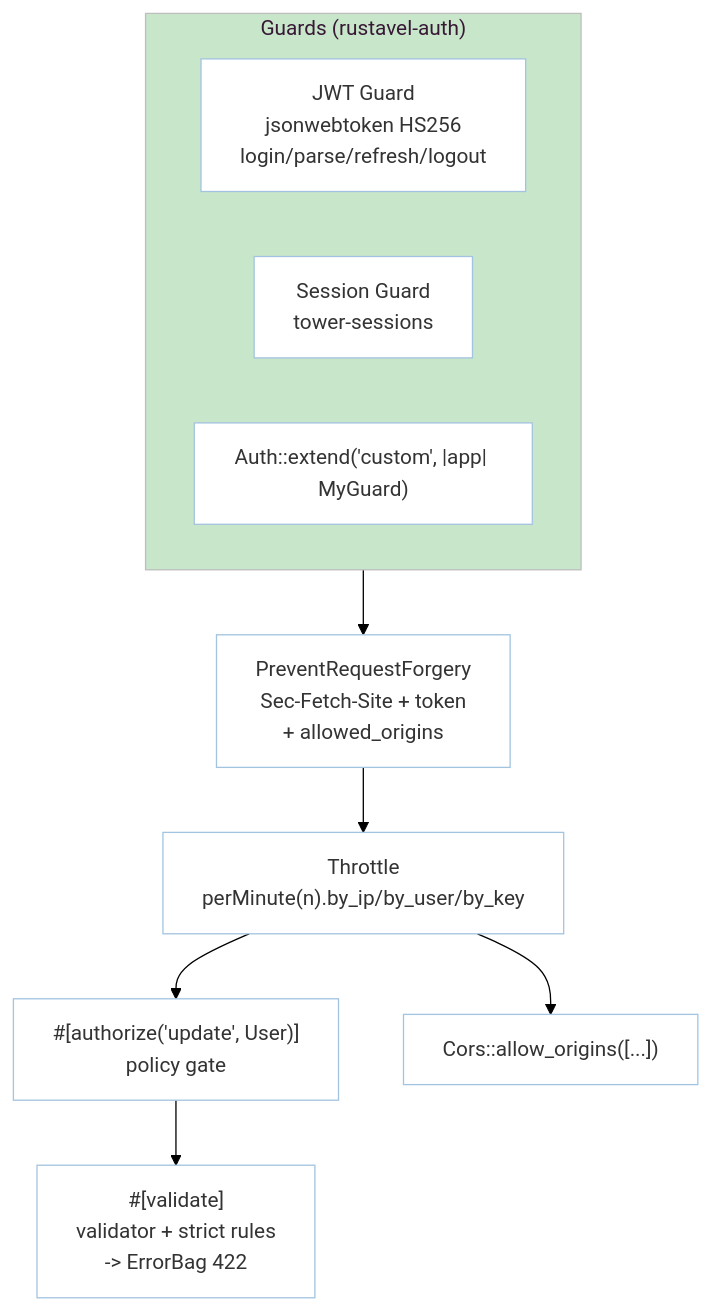
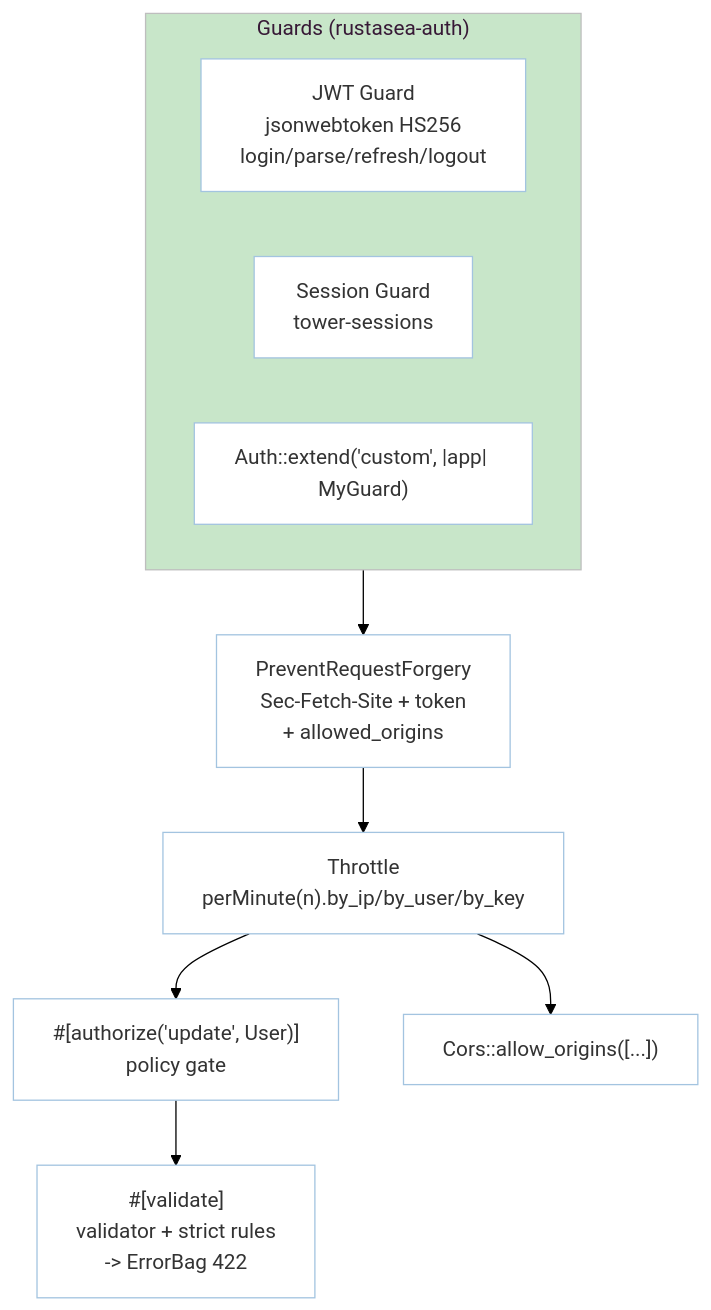
One commit to rustasea/rustasea changed the diagram in .agents/documents/application/modules/identity-access/overview.md. Above: the diagram before and after it, drawn with Mermaid. The commit also changed other lines of this file and 405 other files, not shown here.

````diff
--- a/.agents/documents/application/modules/identity-access/overview.md
+++ b/.agents/documents/application/modules/identity-access/overview.md
@@ -34,20 +34,20 @@
 ```mermaid
 %%{init: {"theme": "base", "themeVariables": {"background": "#ffffff", "mainBkg": "#ffffff", "primaryColor": "#bbdefb", "secondaryColor": "#fff9c4", "tertiaryColor": "#c8e6c9"}}}%%
 flowchart TB
-    subgraph Guard["Guards (rustavel-auth)"]
+    subgraph Guard["Guards (rustasea-auth)"]
         JWT["JWT Guard\njsonwebtoken HS256\nlogin/parse/refresh/logout"]
         Session["Session Guard\ntower-sessions"]
         Extend["Auth::extend('custom', |app| MyGuard)"]
     end
     CSRF["PreventRequestForgery\nSec-Fetch-Site + token\n+ allowed_origins"]
     Rate["Throttle\nperMinute(n).by_ip/by_user/by_key"]
     Valid["#[validate]\nvalidator + strict rules\n-> ErrorBag 422"]
     AuthZ["#[authorize('update', User)]\npolicy gate"]
     CORS["Cors::allow_origins([...])"]
 
     Guard --> CSRF
     CSRF --> Rate
     Rate --> AuthZ
     AuthZ --> Valid
     Rate --> CORS
 ```
````
